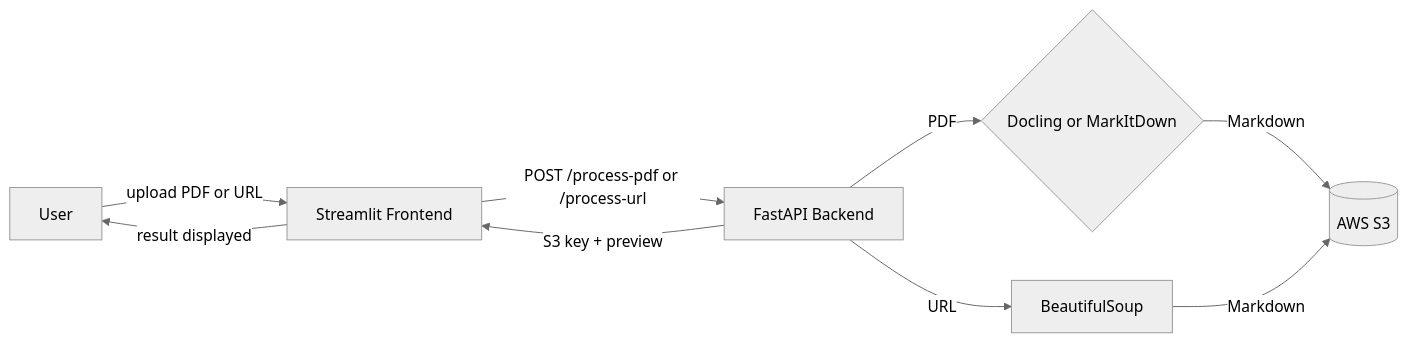
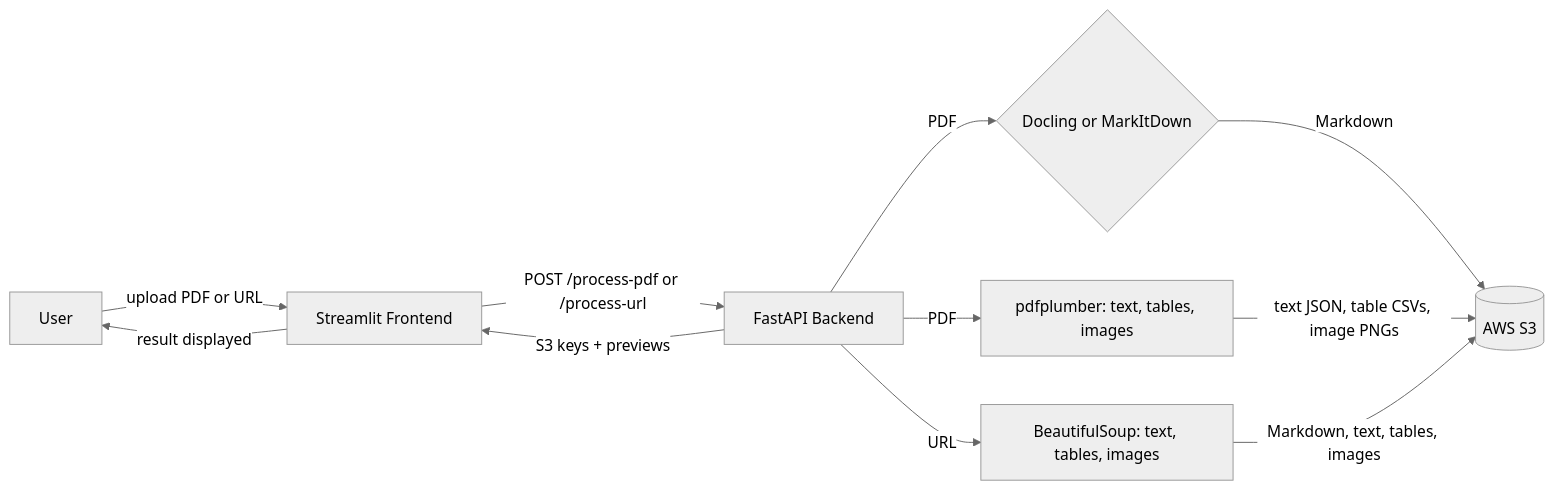
One commit to sarahk15-king/unstructured-data-ingestion-pipeline changed the diagram in README.md. Above: the diagram before and after it, drawn with Mermaid (neutral theme). The commit also changed other lines of this file, not shown here.

````diff
--- a/README.md
+++ b/README.md
@@ -71,11 +95,13 @@
 ```mermaid
 flowchart LR
     U[User] -->|upload PDF or URL| S[Streamlit Frontend]
     S -->|POST /process-pdf or /process-url| A[FastAPI Backend]
     A -->|PDF| D{Docling or MarkItDown}
-    A -->|URL| W[BeautifulSoup]
+    A -->|PDF| P[pdfplumber: text, tables, images]
+    A -->|URL| W[BeautifulSoup: text, tables, images]
     D -->|Markdown| B[(AWS S3)]
-    W -->|Markdown| B
-    A -->|S3 key + preview| S
+    P -->|text JSON, table CSVs, image PNGs| B
+    W -->|Markdown, text, tables, images| B
+    A -->|S3 keys + previews| S
     S -->|result displayed| U
 ```
````
